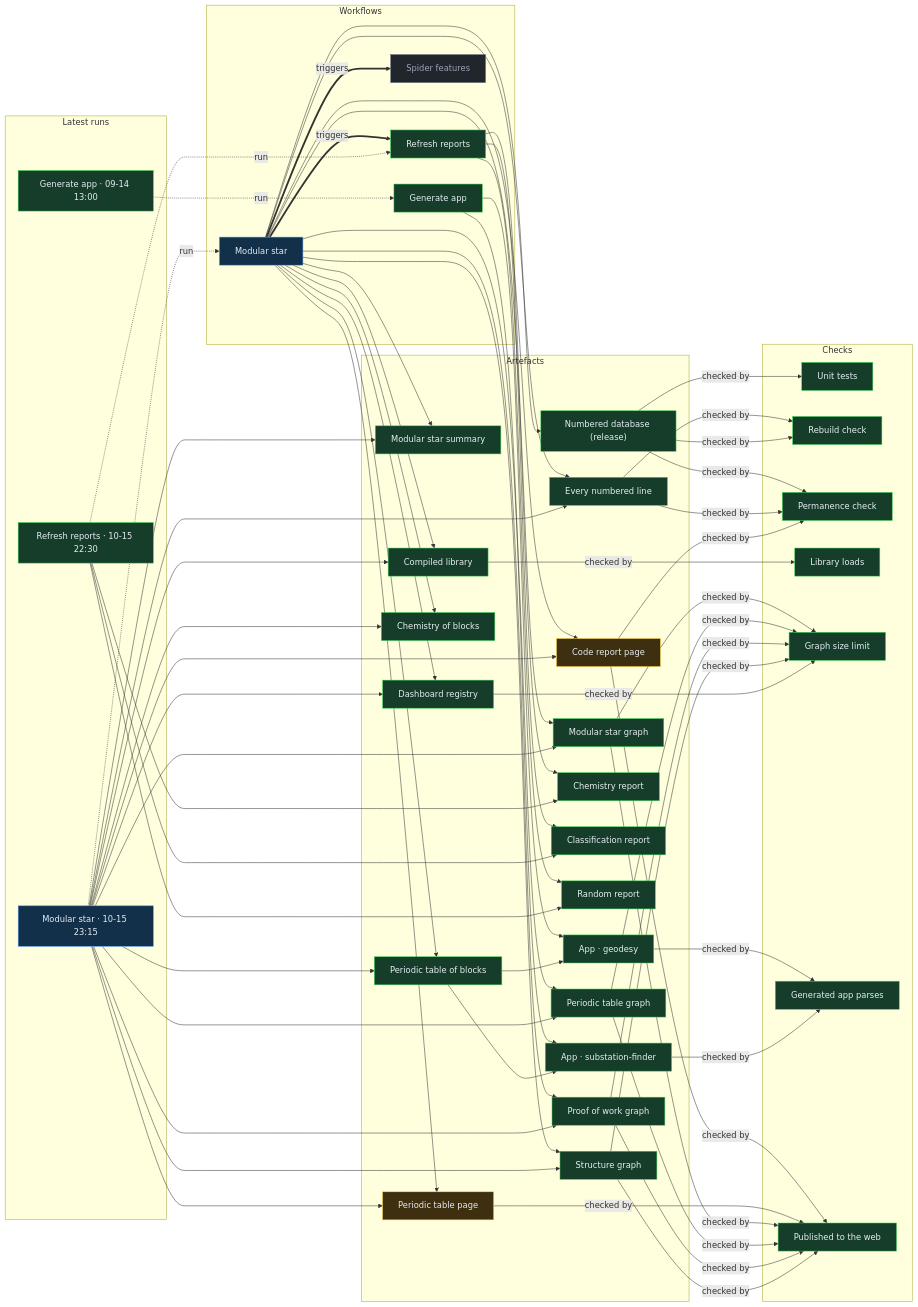
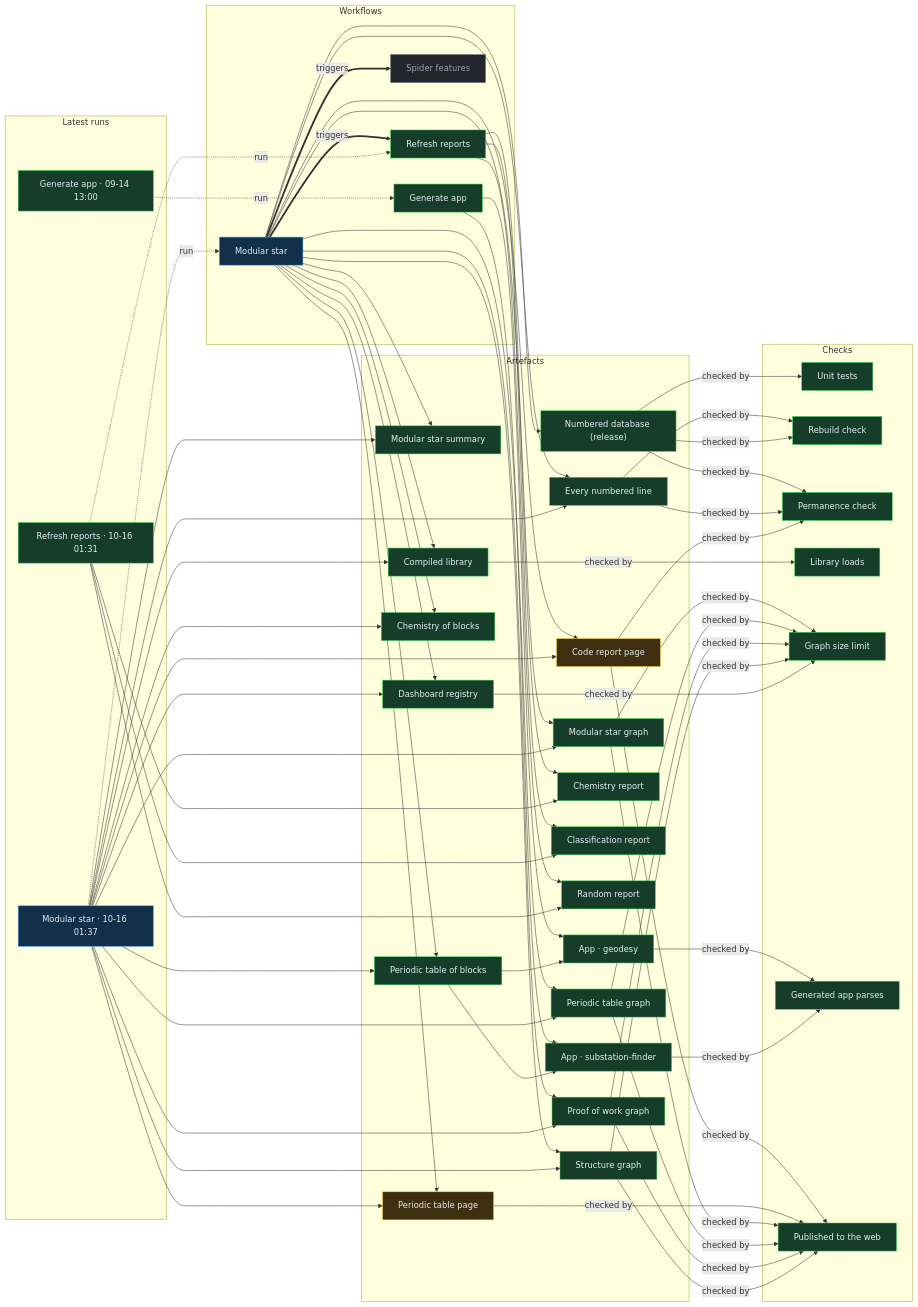
One commit to Ventusltd/stars changed the diagram in proof/PROOF.md. Above: the diagram before and after it, drawn with Mermaid. The commit also changed other lines of this file and 33 other files, not shown here.

Commit message:
Modular star 2026-10-16T01:39Z

```diff
--- a/proof/PROOF.md
+++ b/proof/PROOF.md
@@ -24,8 +24,8 @@
   n_wf_spider_features["Spider features"]:::off
   end
   subgraph g_runs["Latest runs"]
-  n_run_38822447843["Modular star · 10-15 23:15"]:::live
-  n_run_38817519135["Refresh reports · 10-15 22:30"]:::ok
+  n_run_38836105323["Modular star · 10-16 01:37"]:::live
+  n_run_38835543457["Refresh reports · 10-16 01:31"]:::ok
   n_run_34846587798["Generate app · 09-14 13:00"]:::ok
   end
   subgraph g_artefacts["Artefacts"]
@@ -59,39 +59,39 @@
   end
   n_wf_modular_star == triggers ==> n_wf_refresh
   n_wf_modular_star == triggers ==> n_wf_spider_features
-  n_run_38822447843 -. run .-> n_wf_modular_star
-  n_run_38817519135 -. run .-> n_wf_refresh
+  n_run_38836105323 -. run .-> n_wf_modular_star
+  n_run_38835543457 -. run .-> n_wf_refresh
   n_run_34846587798 -. run .-> n_wf_generate
   n_wf_modular_star --> n_art_summary
-  n_run_38822447843 --> n_art_summary
+  n_run_38836105323 --> n_art_summary
   n_wf_modular_star --> n_art_lines
-  n_run_38822447843 --> n_art_lines
+  n_run_38836105323 --> n_art_lines
   n_wf_modular_star --> n_art_code
-  n_run_38822447843 --> n_art_code
+  n_run_38836105323 --> n_art_code
   n_wf_modular_star --> n_art_modular_graph
-  n_run_38822447843 --> n_art_modular_graph
+  n_run_38836105323 --> n_art_modular_graph
   n_wf_modular_star --> n_art_blocks
-  n_run_38822447843 --> n_art_blocks
+  n_run_38836105323 --> n_art_blocks
   n_wf_modular_star --> n_art_table
-  n_run_38822447843 --> n_art_table
+  n_run_38836105323 --> n_art_table
   n_wf_modular_star --> n_art_blocks_graph
-  n_run_38822447843 --> n_art_blocks_graph
+  n_run_38836105323 --> n_art_blocks_graph
   n_wf_modular_star --> n_art_reactions
-  n_run_38822447843 --> n_art_reactions
+  n_run_38836105323 --> n_art_reactions
   n_wf_modular_star --> n_art_library
-  n_run_38822447843 --> n_art_library
+  n_run_38836105323 --> n_art_library
   n_wf_modular_star --> n_art_features
-  n_run_38822447843 --> n_art_features
+  n_run_38836105323 --> n_art_features
   n_wf_modular_star --> n_art_proof
-  n_run_38822447843 --> n_art_proof
+  n_run_38836105323 --> n_art_proof
   n_wf_modular_star --> n_art_structure
-  n_run_38822447843 --> n_art_structure
+  n_run_38836105323 --> n_art_structure
   n_wf_refresh --> n_art_chemistry
-  n_run_38817519135 --> n_art_chemistry
+  n_run_38835543457 --> n_art_chemistry
   n_wf_refresh --> n_art_vedic
-  n_run_38817519135 --> n_art_vedic
+  n_run_38835543457 --> n_art_vedic
   n_wf_refresh --> n_art_random
-  n_run_38817519135 --> n_art_random
+  n_run_38835543457 --> n_art_random
   n_wf_modular_star --> n_art_release
   n_wf_generate --> n_app_geodesy
   n_art_blocks --> n_app_geodesy
```
